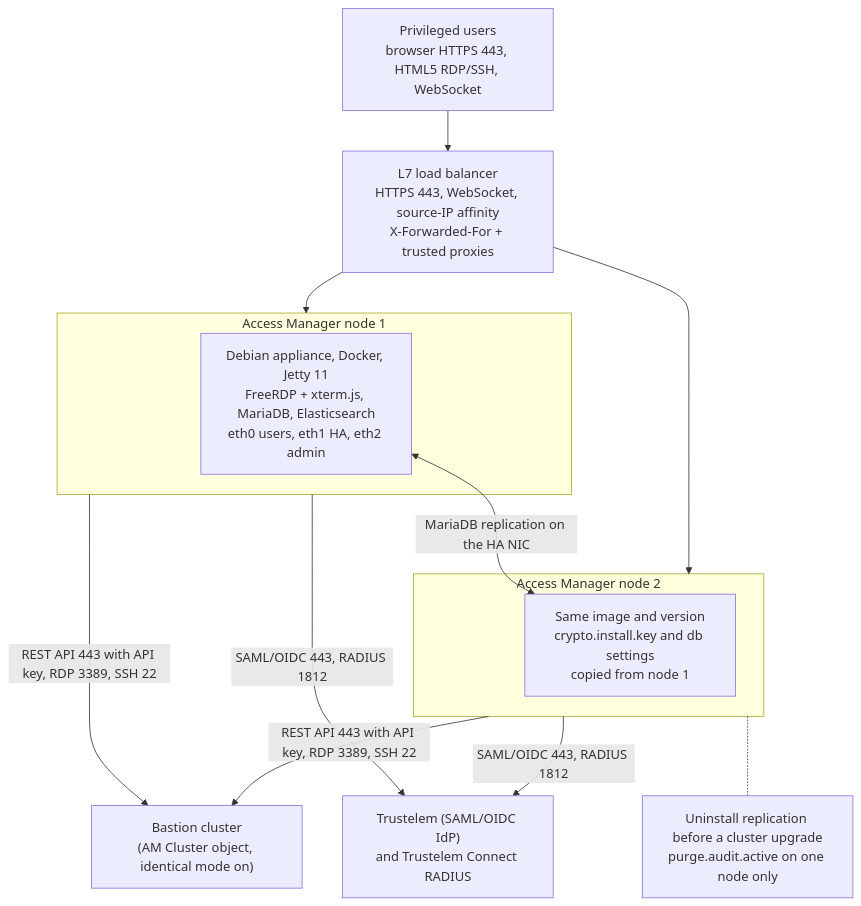
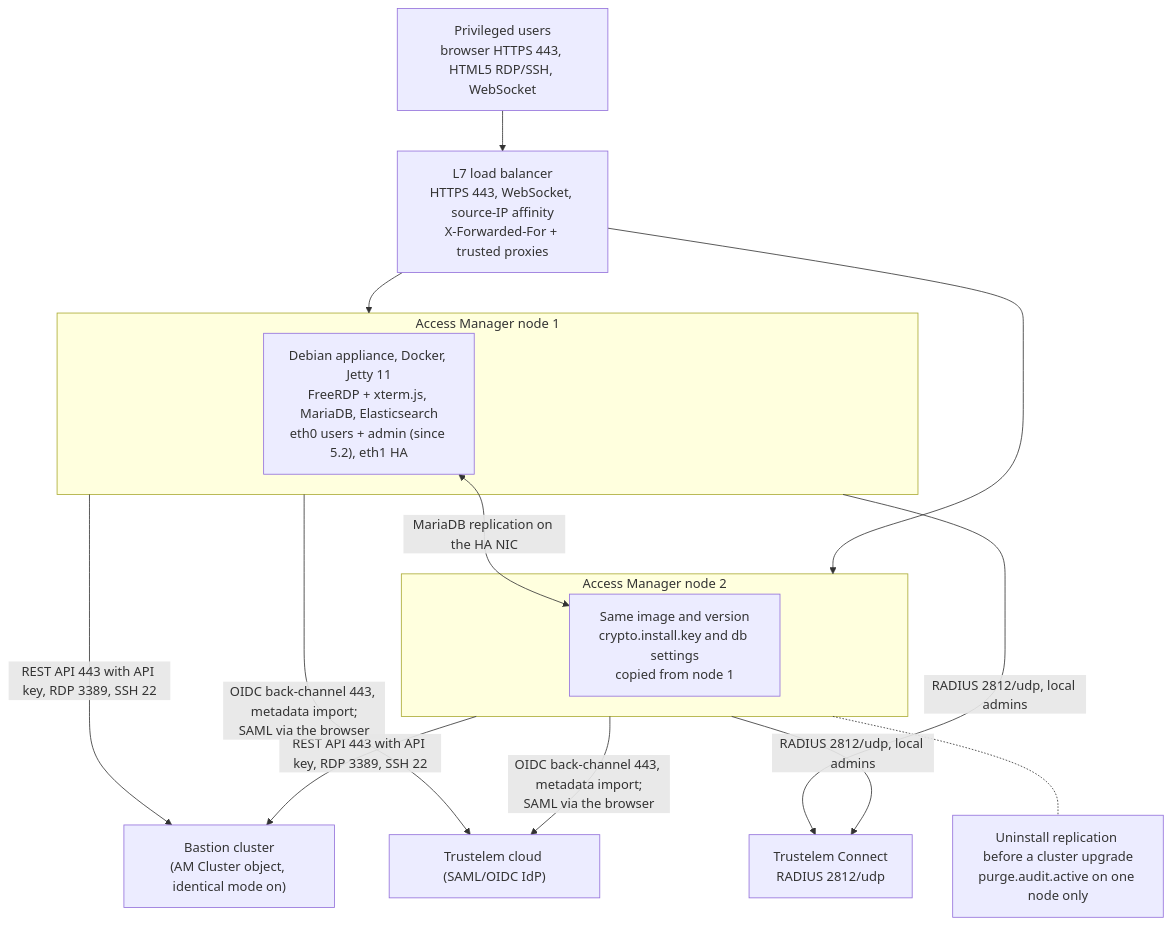
Before and after one commit to morandeirachema/Trustelem-: the diagram in tools/diagrams/04-am-cluster.mmd, drawn with Mermaid. The commit also changed 19 other files, not shown here.

Commit message:
Audit pass 2: diagrams synced with text, AM RADIUS listener 2812, Authentication domain name rule, gap B7

```diff
--- a/tools/diagrams/04-am-cluster.mmd
+++ b/tools/diagrams/04-am-cluster.mmd
@@ -1,21 +1,22 @@
 flowchart TB
     USERS["Privileged users<br/>browser HTTPS 443, HTML5 RDP/SSH, WebSocket"]
     LB["L7 load balancer<br/>HTTPS 443, WebSocket, source-IP affinity<br/>X-Forwarded-For + trusted proxies"]
     subgraph AM1["Access Manager node 1"]
-        AM1A["Debian appliance, Docker, Jetty 11<br/>FreeRDP + xterm.js, MariaDB, Elasticsearch<br/>eth0 users, eth1 HA, eth2 admin"]
+        AM1A["Debian appliance, Docker, Jetty 11<br/>FreeRDP + xterm.js, MariaDB, Elasticsearch<br/>eth0 users + admin (since 5.2), eth1 HA"]
     end
     subgraph AM2["Access Manager node 2"]
         AM2A["Same image and version<br/>crypto.install.key and db settings<br/>copied from node 1"]
     end
     BC["Bastion cluster<br/>(AM Cluster object, identical mode on)"]
-    TR["Trustelem (SAML/OIDC IdP)<br/>and Trustelem Connect RADIUS"]
+    TR["Trustelem cloud (SAML/OIDC IdP)"]
+    TC["Trustelem Connect<br/>RADIUS 2812/udp"]
     USERS --> LB
     LB --> AM1
     LB --> AM2
     AM1A <-->|MariaDB replication on the HA NIC| AM2A
     AM1 -->|REST API 443 with API key, RDP 3389, SSH 22| BC
     AM2 -->|REST API 443 with API key, RDP 3389, SSH 22| BC
-    AM1 -->|SAML/OIDC 443, RADIUS 1812| TR
-    AM2 -->|SAML/OIDC 443, RADIUS 1812| TR
+    AM1 & AM2 -->|OIDC back-channel 443, metadata import;<br/>SAML via the browser| TR
+    AM1 & AM2 -->|RADIUS 2812/udp, local admins| TC
     NOTE["Uninstall replication before a cluster upgrade<br/>purge.audit.active on one node only"]
     AM2 -.- NOTE
```
